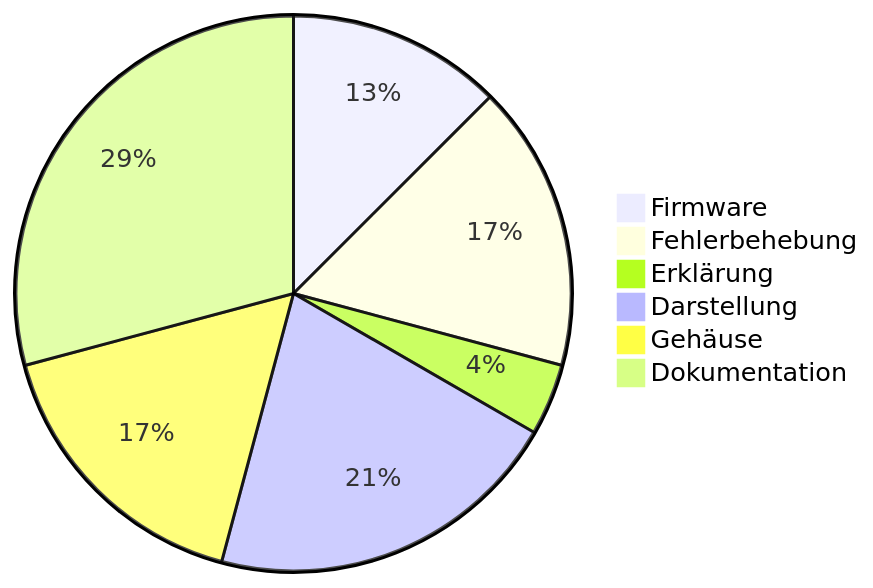
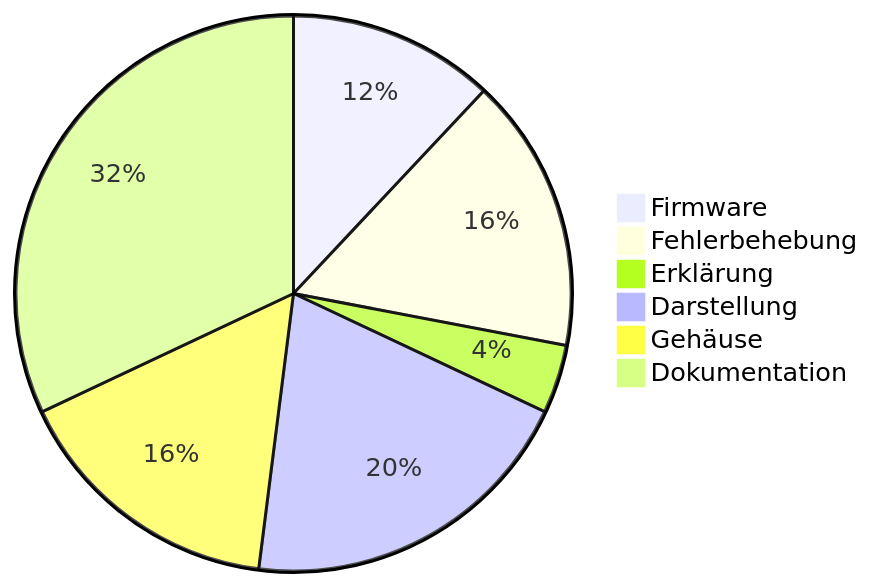
Before and after one commit to BBZ-AIFS51/LF7-Projekt_GAS: the third of 3 diagrams in wiki/Entwicklungsverlauf.md, drawn with Mermaid. The commit also changed other lines of this file and 25 other files, not shown here.

````diff
--- a/wiki/Entwicklungsverlauf.md
+++ b/wiki/Entwicklungsverlauf.md
@@ -143,9 +143,9 @@
 ```mermaid
 pie
     "Firmware" : 3
     "Fehlerbehebung" : 4
     "Erklärung" : 1
     "Darstellung" : 5
     "Gehäuse" : 4
-    "Dokumentation" : 7
+    "Dokumentation" : 8
 ```
````
